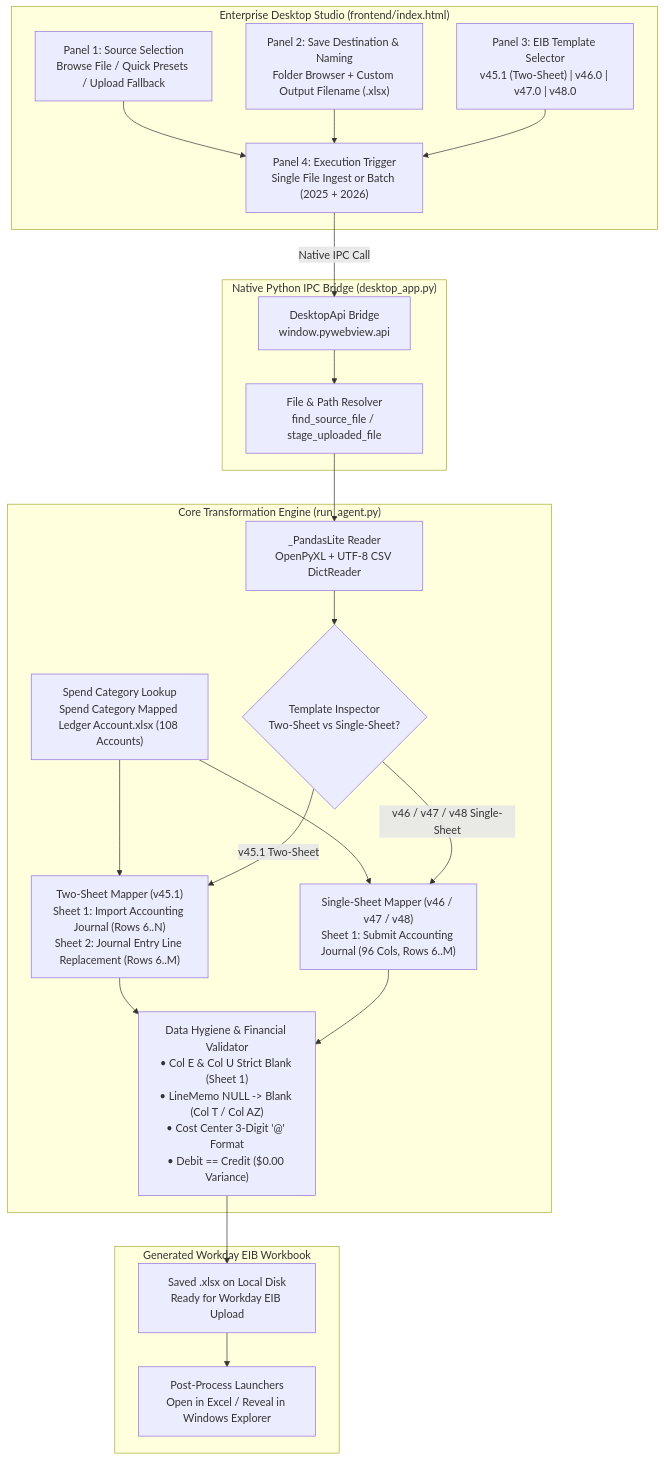
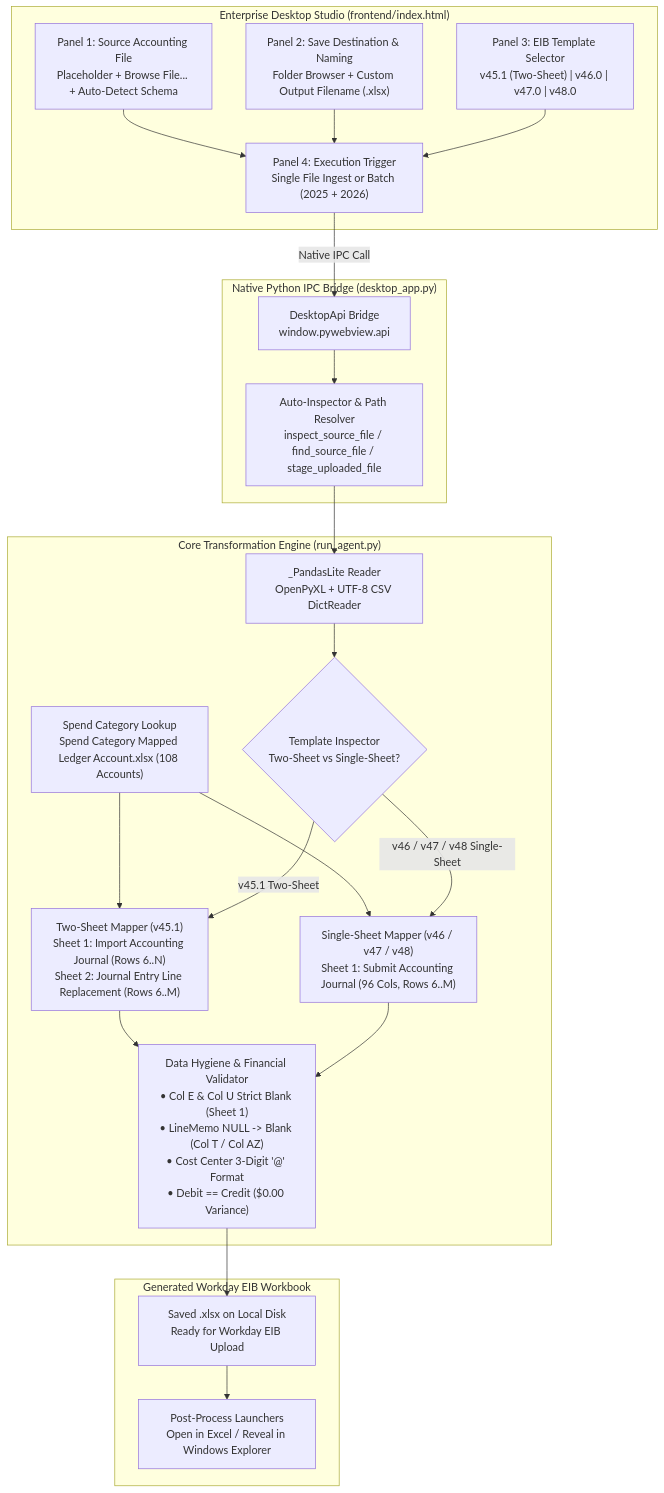
One commit to Git229KEV/CSV-to-EIB-Agent changed the first of 3 diagrams in README.md. Above: the diagram before and after it, drawn with Mermaid. The commit also changed other lines of this file and 2 other files, not shown here.

Commit message:
feat(ui): remove quick select presets, keep source input placeholder, and auto-detect uploaded file structure (v1.1.0)

````diff
--- a/README.md
+++ b/README.md
@@ -55,44 +55,44 @@
 ```mermaid
 flowchart TD
     subgraph UI["Enterprise Desktop Studio (frontend/index.html)"]
-        A["Panel 1: Source Selection<br/>Browse File / Quick Presets / Upload Fallback"]
+        A["Panel 1: Source Accounting File<br/>Placeholder + Browse File... + Auto-Detect Schema"]
         B["Panel 2: Save Destination & Naming<br/>Folder Browser + Custom Output Filename (.xlsx)"]
         C["Panel 3: EIB Template Selector<br/>v45.1 (Two-Sheet) | v46.0 | v47.0 | v48.0"]
         D["Panel 4: Execution Trigger<br/>Single File Ingest or Batch (2025 + 2026)"]
     end
 
     subgraph IPC["Native Python IPC Bridge (desktop_app.py)"]
         E["DesktopApi Bridge<br/>window.pywebview.api"]
-        F["File & Path Resolver<br/>find_source_file / stage_uploaded_file"]
+        F["Auto-Inspector & Path Resolver<br/>inspect_source_file / find_source_file / stage_uploaded_file"]
     end
 
     subgraph ENGINE["Core Transformation Engine (run_agent.py)"]
         G["_PandasLite Reader<br/>OpenPyXL + UTF-8 CSV DictReader"]
         H["Spend Category Lookup<br/>Spend Category Mapped Ledger Account.xlsx (108 Accounts)"]
         I{"Template Inspector<br/>Two-Sheet vs Single-Sheet?"}
         J["Two-Sheet Mapper (v45.1)<br/>Sheet 1: Import Accounting Journal (Rows 6..N)<br/>Sheet 2: Journal Entry Line Replacement (Rows 6..M)"]
         K["Single-Sheet Mapper (v46 / v47 / v48)<br/>Sheet 1: Submit Accounting Journal (96 Cols, Rows 6..M)"]
         L["Data Hygiene & Financial Validator<br/>• Col E & Col U Strict Blank (Sheet 1)<br/>• LineMemo NULL -> Blank (Col T / Col AZ)<br/>• Cost Center 3-Digit '@' Format<br/>• Debit == Credit ($0.00 Variance)"]
     end
 
     subgraph OUTPUT["Generated Workday EIB Workbook"]
         M["Saved .xlsx on Local Disk<br/>Ready for Workday EIB Upload"]
         N["Post-Process Launchers<br/>Open in Excel / Reveal in Windows Explorer"]
     end
 
     A --> D
     B --> D
     C --> D
     D -->|"Native IPC Call"| E
     E --> F
     F --> G
     G --> I
     H --> J
     H --> K
     I -->|"v45.1 Two-Sheet"| J
     I -->|"v46 / v47 / v48 Single-Sheet"| K
     J --> L
     K --> L
     L --> M
     M --> N
 ```
````
